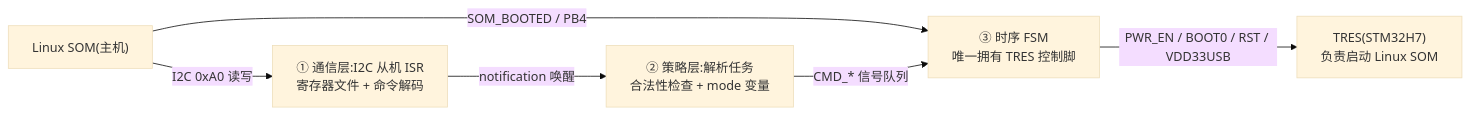
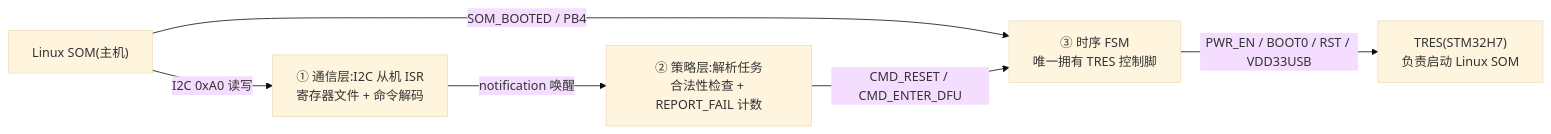
One commit to Vkd4U2NtVkZOVg/py32_control changed the first of 2 diagrams in Core/SRC/tres_sequencer_state_diagram.md. Above: the diagram before and after it, drawn with Mermaid (base theme). The commit also changed other lines of this file and 4 other files, not shown here.

First line of the commit message:
Simplify TRES sequencer: drop power management, DFU via reset pulse

````diff
--- a/Core/SRC/tres_sequencer_state_diagram.md
+++ b/Core/SRC/tres_sequencer_state_diagram.md
@@ -26,8 +23,8 @@
 ```mermaid
 flowchart LR
     SOM["Linux SOM(主机)"] -->|"I2C 0xA0 读写"| I2C["① 通信层:I2C 从机 ISR<br/>寄存器文件 + 命令解码"]
     SOM -->|"SOM_BOOTED / PB4"| SEQ
-    I2C -->|notification 唤醒| POL["② 策略层:解析任务<br/>合法性检查 + mode 变量"]
-    POL -->|"CMD_* 信号队列"| SEQ["③ 时序 FSM<br/>唯一拥有 TRES 控制脚"]
+    I2C -->|notification 唤醒| POL["② 策略层:解析任务<br/>合法性检查 + REPORT_FAIL 计数"]
+    POL -->|"CMD_RESET / CMD_ENTER_DFU"| SEQ["③ 时序 FSM<br/>唯一拥有 TRES 控制脚"]
     SEQ -->|"PWR_EN / BOOT0 / RST / VDD33USB"| TRES["TRES(STM32H7)<br/>负责启动 Linux SOM"]
 ```
````
